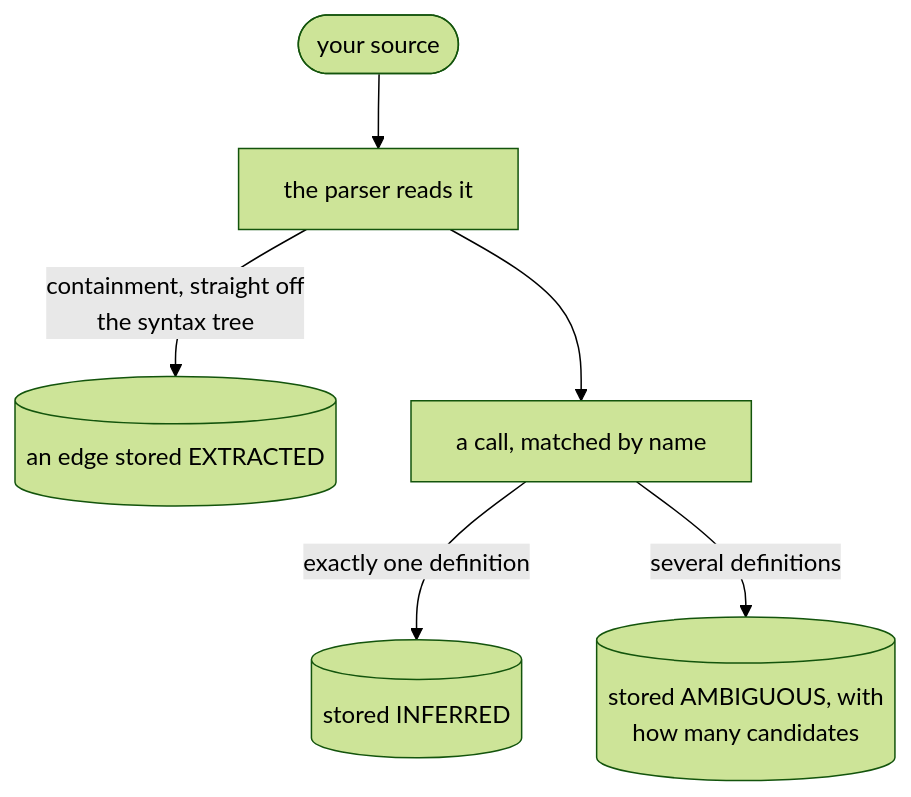
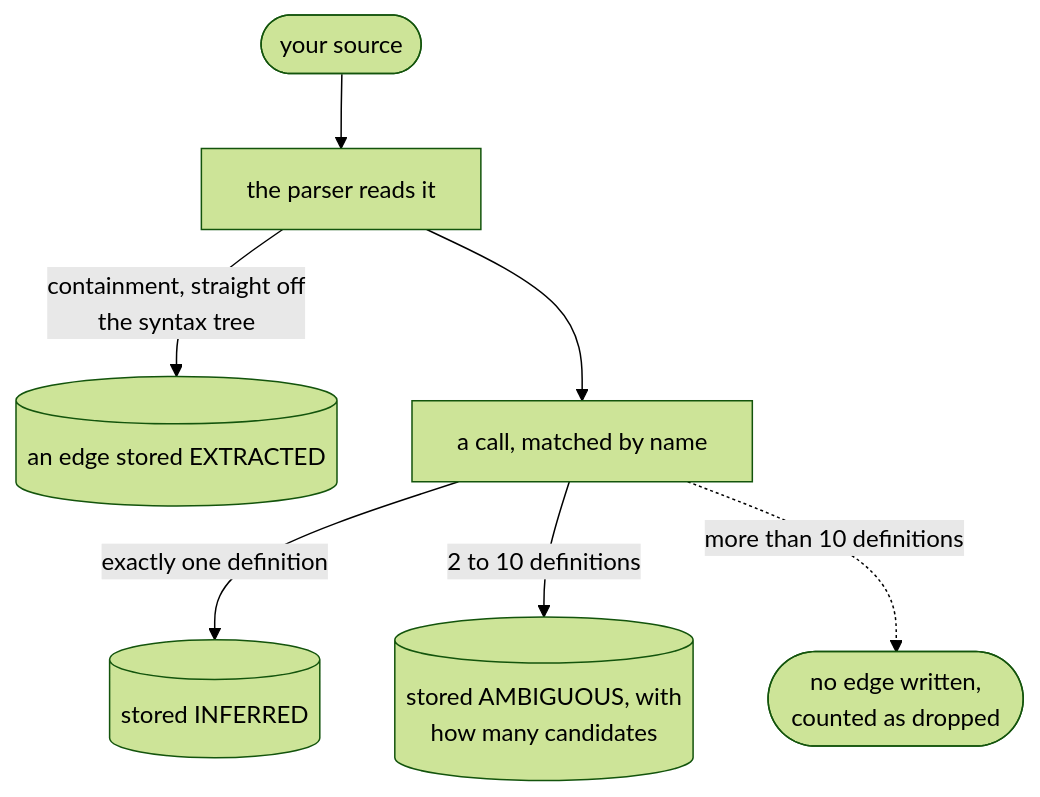
One commit to sayak-sarkar/contextlake changed the fourth of 5 diagrams in docs/explained.md. Above: the diagram before and after it, drawn with Mermaid (forest theme). The commit also changed other lines of this file and 11 other files, not shown here.

First line of the commit message:
docs(site): correct 22 claims and diagrams on 12 docs pages

````diff
--- a/docs/explained.md
+++ b/docs/explained.md
@@ -309,8 +323,9 @@
 ```mermaid
 flowchart TD
   SRC(["your source"]) --> P["the parser reads it"]
   P -->|"containment, straight off<br/>the syntax tree"| E1[("an edge stored EXTRACTED")]
   P --> N["a call, matched by name"]
   N -->|"exactly one definition"| E2[("stored INFERRED")]
-  N -->|"several definitions"| E3[("stored AMBIGUOUS, with<br/>how many candidates")]
+  N -->|"2 to 10 definitions"| E3[("stored AMBIGUOUS, with<br/>how many candidates")]
+  N -.->|"more than 10 definitions"| DR(["no edge written,<br/>counted as dropped"])
 ```
````
